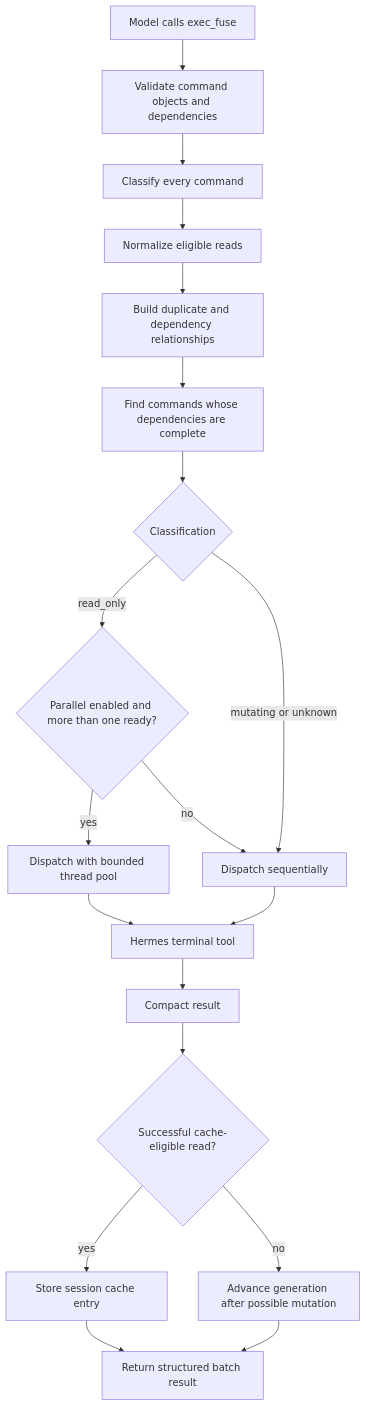
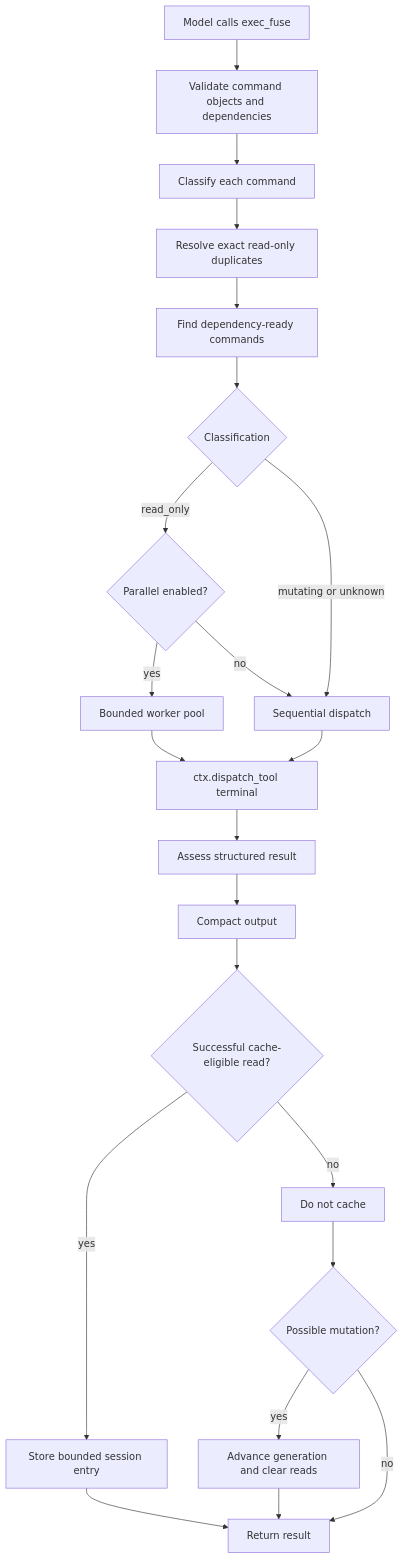
The diagram in ARCHITECTURE.md (agentpixelated/hermes-exec-fuse), drawn with Mermaid before and after one commit. The commit also changed other lines of this file and 15 other files, not shown here.

````diff
--- a/ARCHITECTURE.md
+++ b/ARCHITECTURE.md
@@ -64,21 +44,24 @@
 ```mermaid
 flowchart TD
     A[Model calls exec_fuse] --> B[Validate command objects and dependencies]
-    B --> C[Classify every command]
-    C --> D[Normalize eligible reads]
-    D --> E[Build duplicate and dependency relationships]
-    E --> F[Find commands whose dependencies are complete]
-    F --> G{Classification}
-    G -->|read_only| H{Parallel enabled and more than one ready?}
-    H -->|yes| I[Dispatch with bounded thread pool]
-    H -->|no| J[Dispatch sequentially]
-    G -->|mutating or unknown| J
-    I --> K[Hermes terminal tool]
-    J --> K
-    K --> L[Compact result]
+    B --> C[Classify each command]
+    C --> D[Resolve exact read-only duplicates]
+    D --> E[Find dependency-ready commands]
+    E --> F{Classification}
+    F -->|read_only| G{Parallel enabled?}
+    G -->|yes| H[Bounded worker pool]
+    G -->|no| I[Sequential dispatch]
+    F -->|mutating or unknown| I
+    H --> J[ctx.dispatch_tool terminal]
+    I --> J
+    J --> K[Assess structured result]
+    K --> L[Compact output]
     L --> M{Successful cache-eligible read?}
-    M -->|yes| N[Store session cache entry]
-    M -->|no| O[Advance generation after possible mutation]
-    N --> P[Return structured batch result]
-    O --> P
+    M -->|yes| N[Store bounded session entry]
+    M -->|no| O[Do not cache]
+    O --> P{Possible mutation?}
+    P -->|yes| Q[Advance generation and clear reads]
+    P -->|no| R[Return result]
+    N --> R
+    Q --> R
 ```
````
